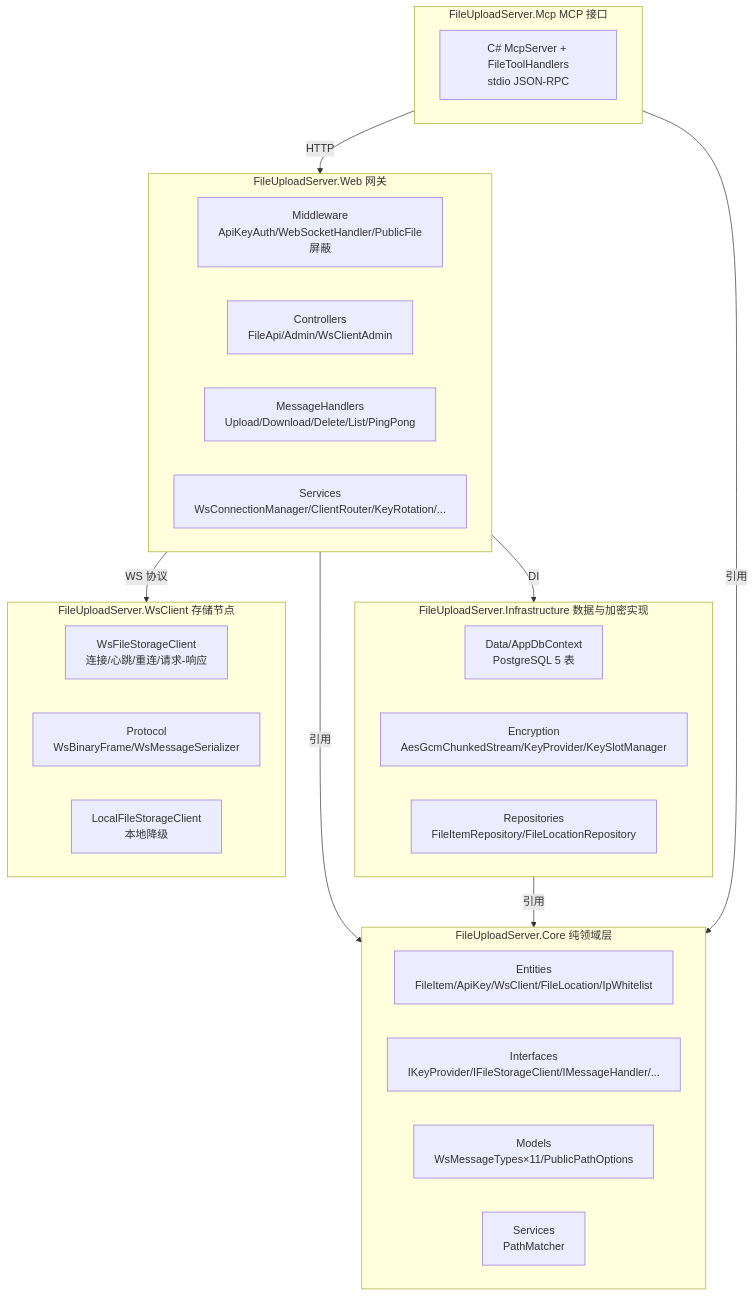
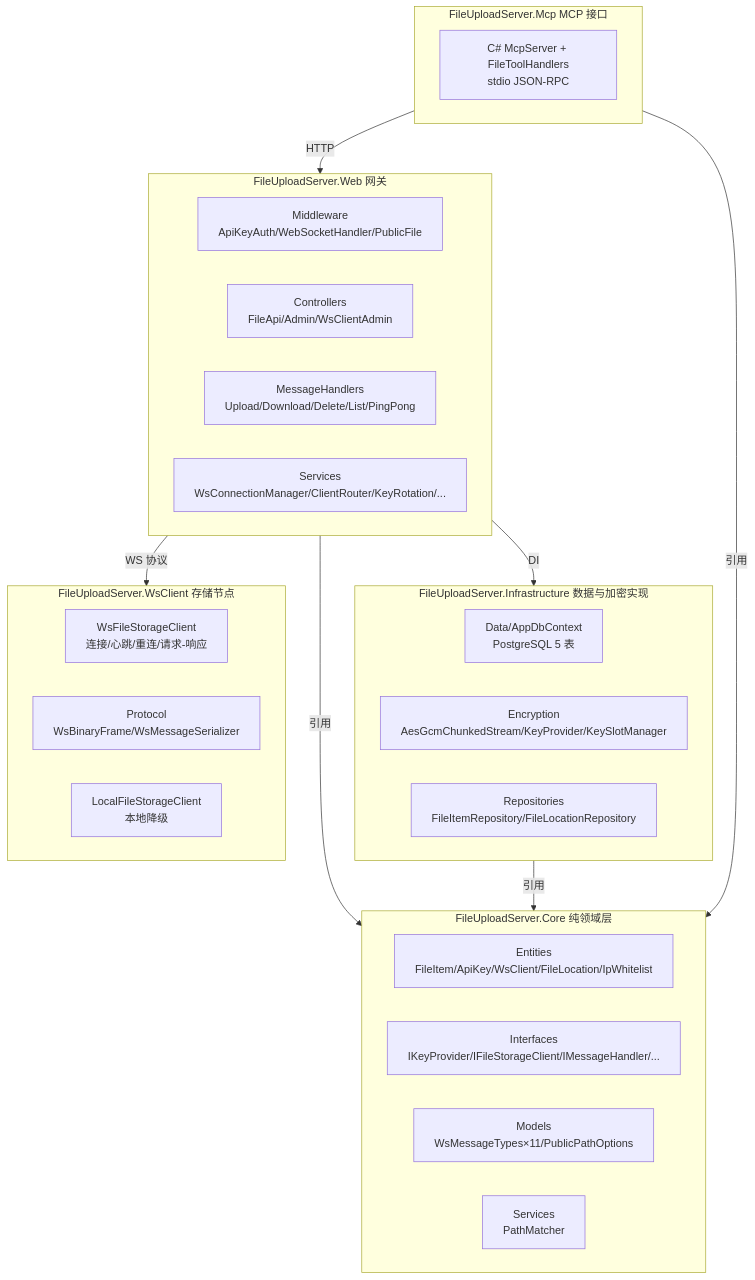
Before and after one commit to 3319952332/FileUploadServer: the second of 2 diagrams in doc/01-architecture.md, drawn with Mermaid. The commit also changed other lines of this file and 10 other files, not shown here.

````diff
--- a/doc/01-architecture.md
+++ b/doc/01-architecture.md
@@ -55,39 +55,39 @@
 ```mermaid
 graph TB
     subgraph Core[FileUploadServer.Core 纯领域层]
         E[Entities<br/>FileItem/ApiKey/WsClient/FileLocation/IpWhitelist]
         I[Interfaces<br/>IKeyProvider/IFileStorageClient/IMessageHandler/...]
         M[Models<br/>WsMessageTypes×11/PublicPathOptions]
         S[Services<br/>PathMatcher]
     end
 
     subgraph Infra[FileUploadServer.Infrastructure 数据与加密实现]
         DB[Data/AppDbContext<br/>PostgreSQL 5 表]
         ENC[Encryption<br/>AesGcmChunkedStream/KeyProvider/KeySlotManager]
         REPO[Repositories<br/>FileItemRepository/FileLocationRepository]
     end
 
     subgraph Web[FileUploadServer.Web 网关]
-        MID[Middleware<br/>ApiKeyAuth/WebSocketHandler/PublicFile屏蔽]
+        MID[Middleware<br/>ApiKeyAuth/WebSocketHandler/PublicFile]
         CTRL[Controllers<br/>FileApi/Admin/WsClientAdmin]
         MH[MessageHandlers<br/>Upload/Download/Delete/List/PingPong]
         SVCS[Services<br/>WsConnectionManager/ClientRouter/KeyRotation/...]
     end
 
     subgraph WsClient[FileUploadServer.WsClient 存储节点]
         WFSC[WsFileStorageClient<br/>连接/心跳/重连/请求-响应]
         PROTO[Protocol<br/>WsBinaryFrame/WsMessageSerializer]
         LFS[LocalFileStorageClient<br/>本地降级]
     end
 
     subgraph Mcp[FileUploadServer.Mcp MCP 接口]
         MCP[C# McpServer + FileToolHandlers<br/>stdio JSON-RPC]
     end
 
     Web -->|引用| Core
     Infra -->|引用| Core
     Mcp -->|引用| Core
     Web -->|DI| Infra
     Web -->|WS 协议| WsClient
     Mcp -->|HTTP| Web
 ```
````
